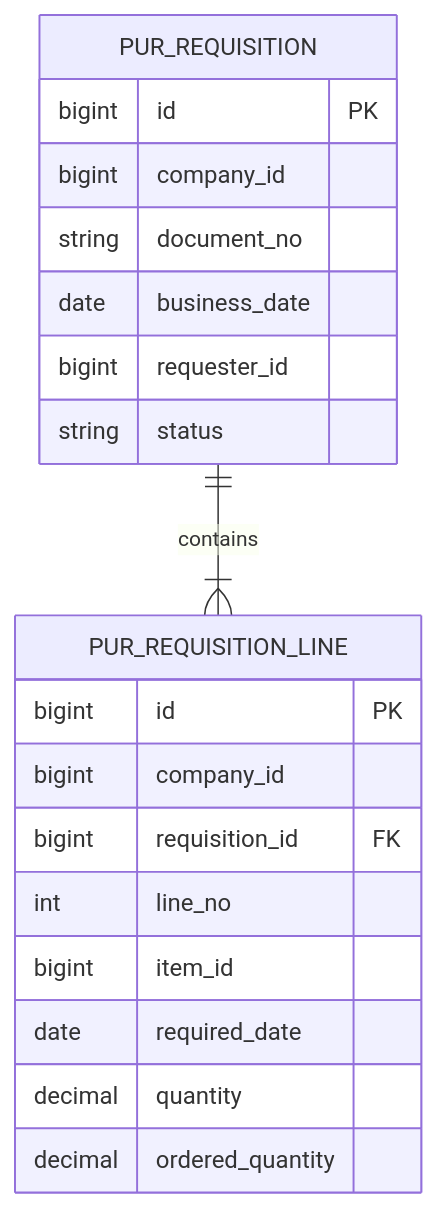
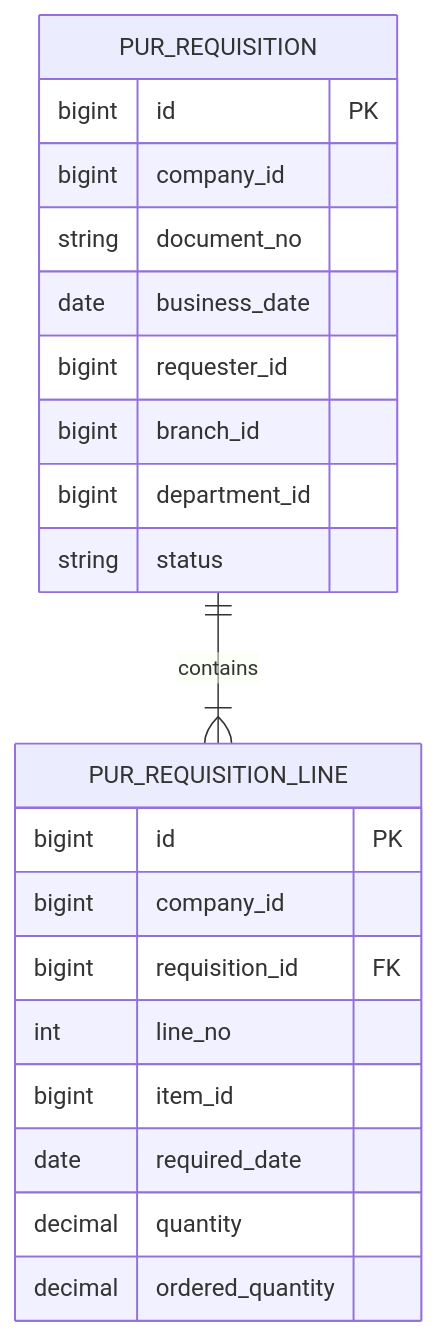
One commit to snowwhite10/MyERP changed the diagram in docs/02-modules/PUR/data-structure.md. Above: the diagram before and after it, drawn with Mermaid. The commit also changed other lines of this file and 19 other files, not shown here.

````diff
--- a/docs/02-modules/PUR/data-structure.md
+++ b/docs/02-modules/PUR/data-structure.md
@@ -9,22 +11,24 @@
 ```mermaid
 erDiagram
     PUR_REQUISITION ||--|{ PUR_REQUISITION_LINE : contains
     PUR_REQUISITION {
         bigint id PK
         bigint company_id
         string document_no
         date business_date
         bigint requester_id
+        bigint branch_id
+        bigint department_id
         string status
     }
     PUR_REQUISITION_LINE {
         bigint id PK
         bigint company_id
         bigint requisition_id FK
         int line_no
         bigint item_id
         date required_date
         decimal quantity
         decimal ordered_quantity
     }
 ```
````
